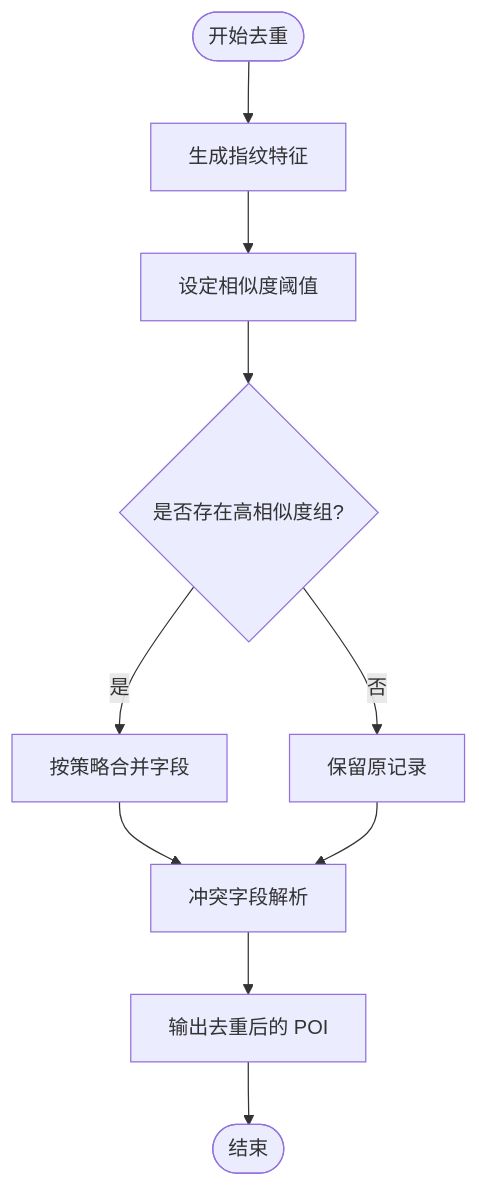
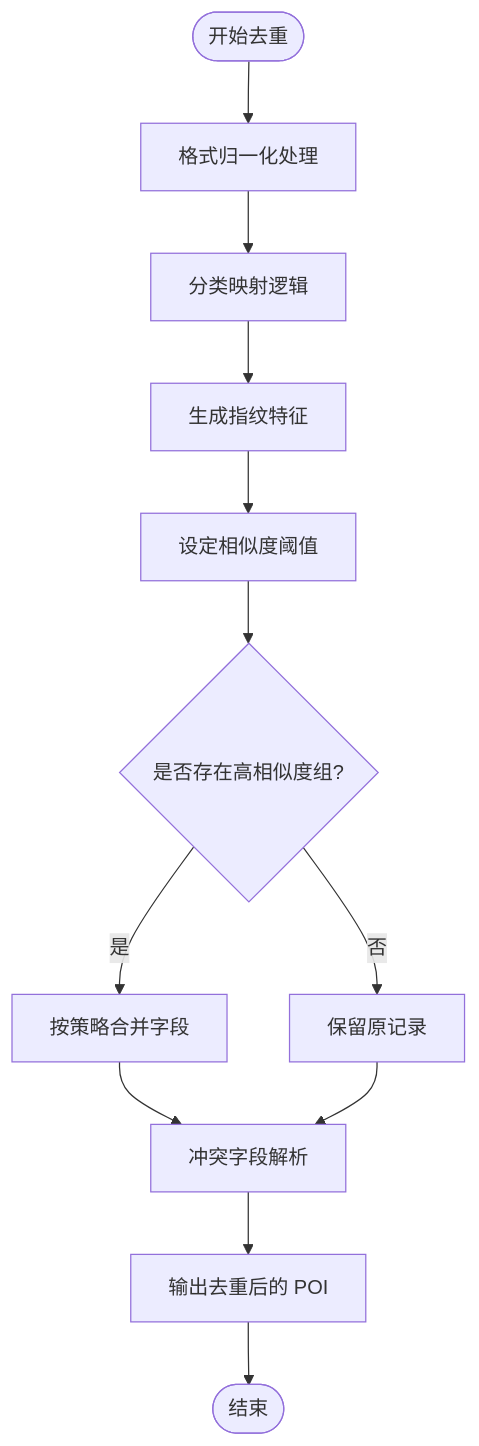
Before and after one commit to ititjjy/AITrip-plan: the fourth of 13 diagrams in .qoder/repowiki/zh/content/AI数据采集系统/数据处理管道/数据处理管道.md, drawn with Mermaid. The commit also changed other lines of this file and 144 other files, not shown here.

````diff
--- a/.qoder/repowiki/zh/content/AI数据采集系统/数据处理管道/数据处理管道.md
+++ b/.qoder/repowiki/zh/content/AI数据采集系统/数据处理管道/数据处理管道.md
@@ -291,12 +311,14 @@
 ```mermaid
 flowchart TD
-S(["开始去重"]) --> FP["生成指纹特征"]
+S(["开始去重"]) --> NORM["格式归一化处理"]
+NORM --> CM["分类映射逻辑"]
+CM --> FP["生成指纹特征"]
 FP --> TH["设定相似度阈值"]
 TH --> MATCH{"是否存在高相似度组?"}
 MATCH --> |是| MERGE["按策略合并字段"]
 MATCH --> |否| KEEP["保留原记录"]
 MERGE --> RESOLVE["冲突字段解析"]
 KEEP --> RESOLVE
 RESOLVE --> OUT["输出去重后的 POI"]
 OUT --> E(["结束"])
 ```
````
